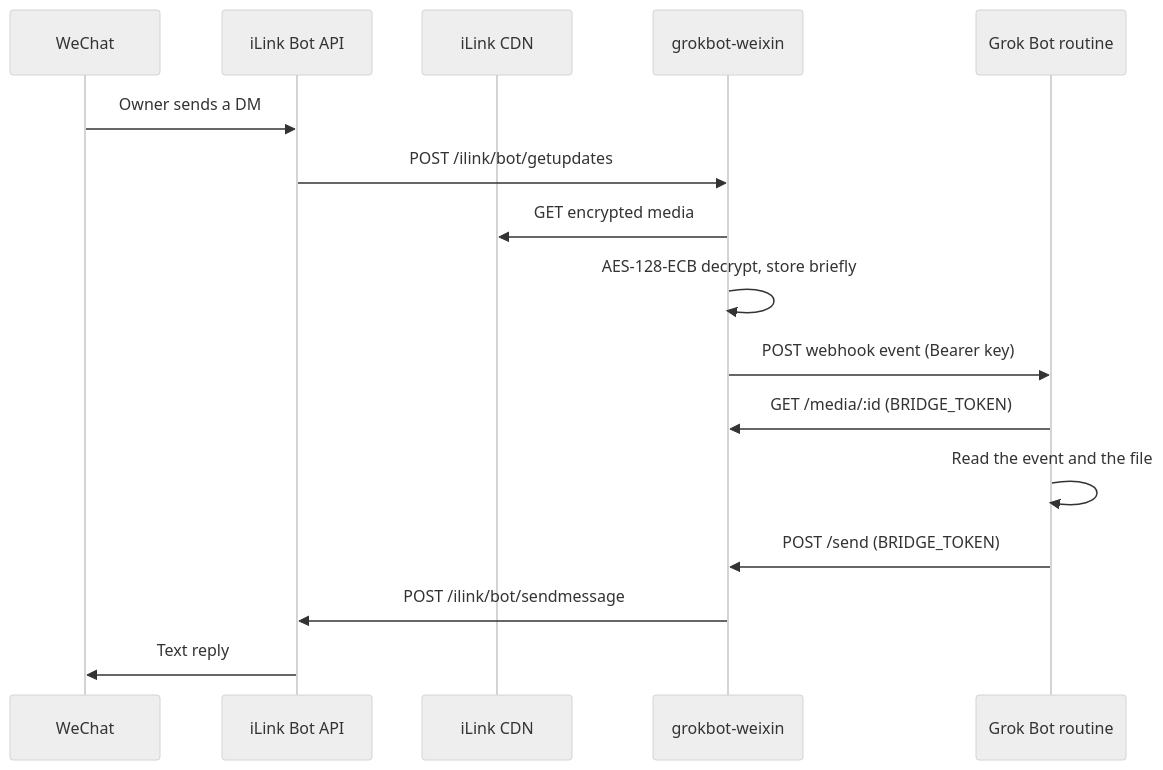
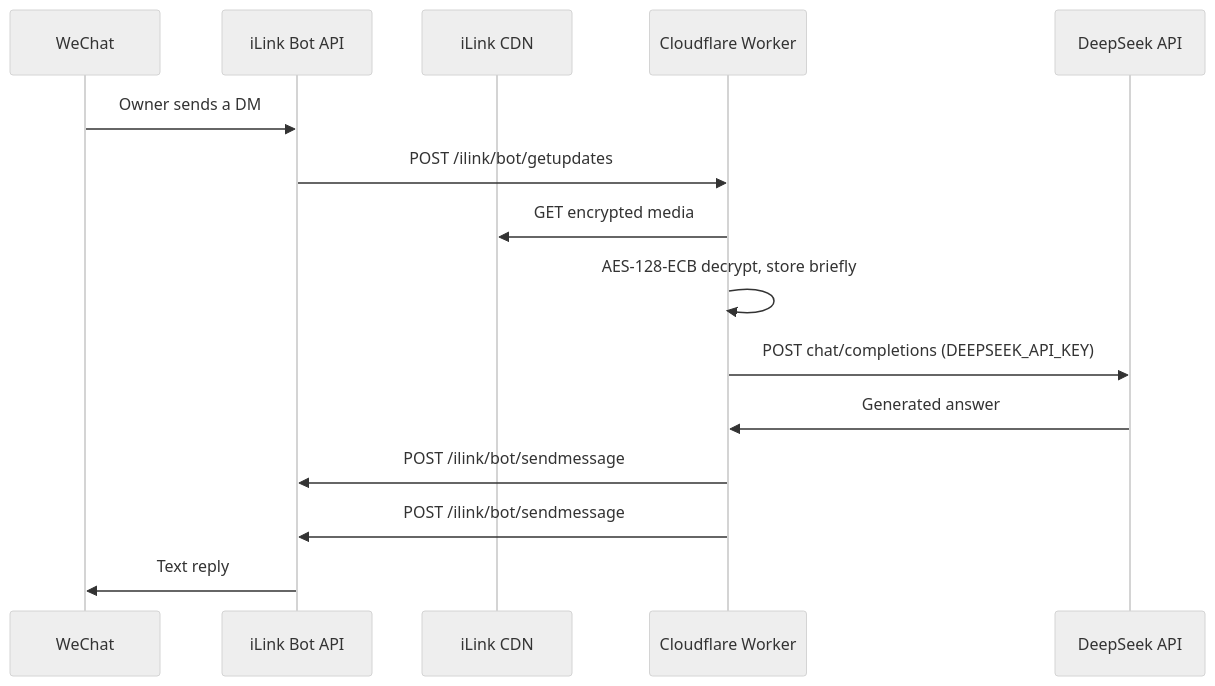
One commit to aklancc/grokbot-weixin changed the diagram in README.md. Above: the diagram before and after it, drawn with Mermaid (neutral theme). The commit also changed other lines of this file, not shown here.

Commit message:
Document direct DeepSeek Cloudflare deployment

````diff
--- a/README.md
+++ b/README.md
@@ -9,18 +9,17 @@
 ```mermaid
 sequenceDiagram
   participant WeChat
   participant iLink as iLink Bot API
   participant CDN as iLink CDN
-  participant Bridge as grokbot-weixin
-  participant Routine as Grok Bot routine
+  participant Bridge as Cloudflare Worker
+  participant AI as DeepSeek API
   WeChat->>iLink: Owner sends a DM
   iLink->>Bridge: POST /ilink/bot/getupdates
   Bridge->>CDN: GET encrypted media
   Bridge->>Bridge: AES-128-ECB decrypt, store briefly
-  Bridge->>Routine: POST webhook event (Bearer key)
-  Routine->>Bridge: GET /media/:id (BRIDGE_TOKEN)
-  Routine->>Routine: Read the event and the file
-  Routine->>Bridge: POST /send (BRIDGE_TOKEN)
+  Bridge->>AI: POST chat/completions (DEEPSEEK_API_KEY)
+  AI->>Bridge: Generated answer
+  Bridge->>iLink: POST /ilink/bot/sendmessage
   Bridge->>iLink: POST /ilink/bot/sendmessage
   iLink->>WeChat: Text reply
 ```
````
